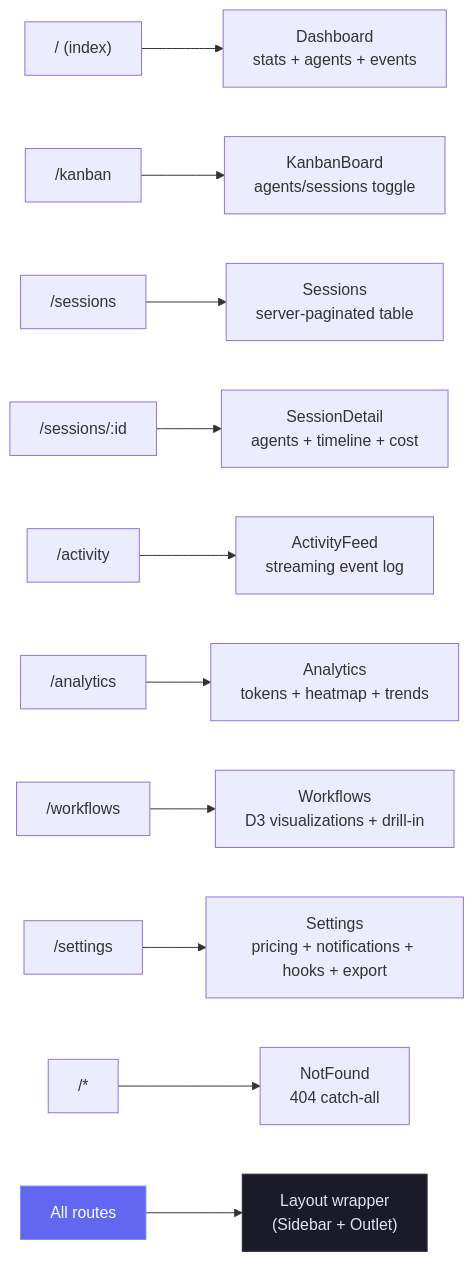
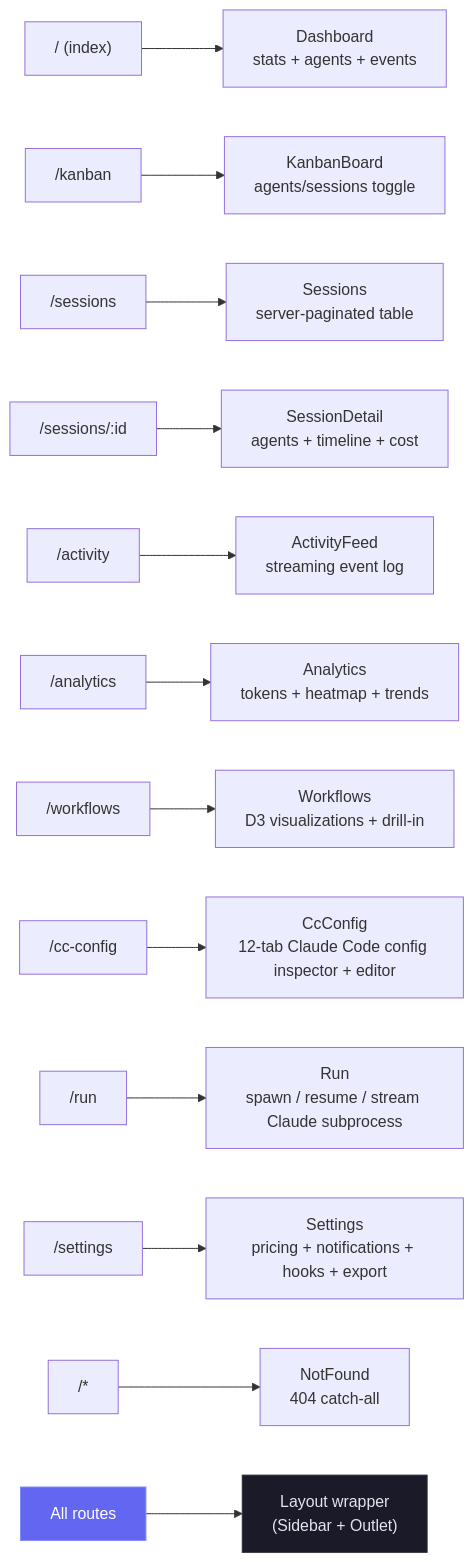
One commit to StrainReviews/Claude-Code-Agent-Monitor changed diagram 17 of 21 in README.md. Above: the diagram before and after it, drawn with Mermaid. The commit also changed other lines of this file and 68 other files, not shown here.

Commit message:
feat: add Claude configuration viewer and run trigger functionality

````diff
--- a/README.md
+++ b/README.md
@@ -1295,17 +1357,19 @@
 ```mermaid
 graph LR
     ROOT["/ (index)"] --> DASH["Dashboard<br/>stats + agents + events"]
     K["/kanban"] --> KANBAN["KanbanBoard<br/>agents/sessions toggle"]
     S["/sessions"] --> SESS["Sessions<br/>server-paginated table"]
     D["/sessions/:id"] --> DETAIL["SessionDetail<br/>agents + timeline + cost"]
     A["/activity"] --> ACT["ActivityFeed<br/>streaming event log"]
     AN["/analytics"] --> ANALYTICS["Analytics<br/>tokens + heatmap + trends"]
     WF["/workflows"] --> WORKFLOWS["Workflows<br/>D3 visualizations + drill-in"]
+    CC["/cc-config"] --> CCCONFIG["CcConfig<br/>12-tab Claude Code config inspector + editor"]
+    RUN["/run"] --> RUNPAGE["Run<br/>spawn / resume / stream Claude subprocess"]
     ST["/settings"] --> SETTINGS["Settings<br/>pricing + notifications + hooks + export"]
     NF["/*"] --> NOTFOUND["NotFound<br/>404 catch-all"]
 
     ALL["All routes"] --> LAYOUT["Layout wrapper<br/>(Sidebar + Outlet)"]
 
     style ALL fill:#6366f1,stroke:#818cf8,color:#fff
     style LAYOUT fill:#1a1a28,stroke:#2a2a3d,color:#e4e4ed
 ```
````
